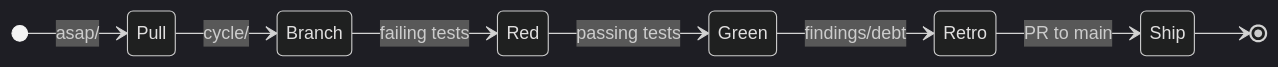
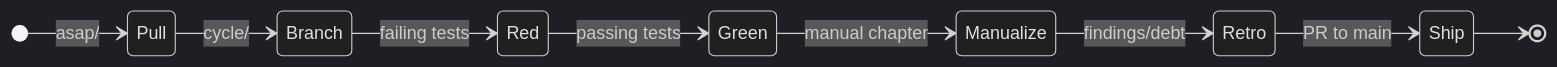
The diagram in METHOD.md (flyingrobots/warp-ttd), drawn with Mermaid (dark theme) before and after one commit. The commit also changed other lines of this file and 9 other files, not shown here.

````diff
--- a/METHOD.md
+++ b/METHOD.md
@@ -39,11 +40,12 @@
 ```mermaid
 stateDiagram-v2
     direction LR
     [*] --> Pull: asap/
     Pull --> Branch: cycle/
     Branch --> Red: failing tests
     Red --> Green: passing tests
-    Green --> Retro: findings/debt
+    Green --> Manualize: manual chapter
+    Manualize --> Retro: findings/debt
     Retro --> Ship: PR to main
     Ship --> [*]
 ```
````
